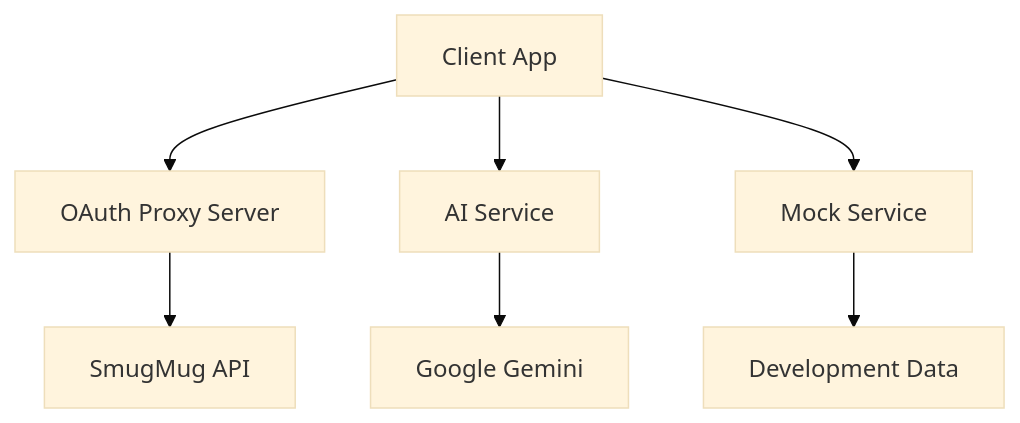
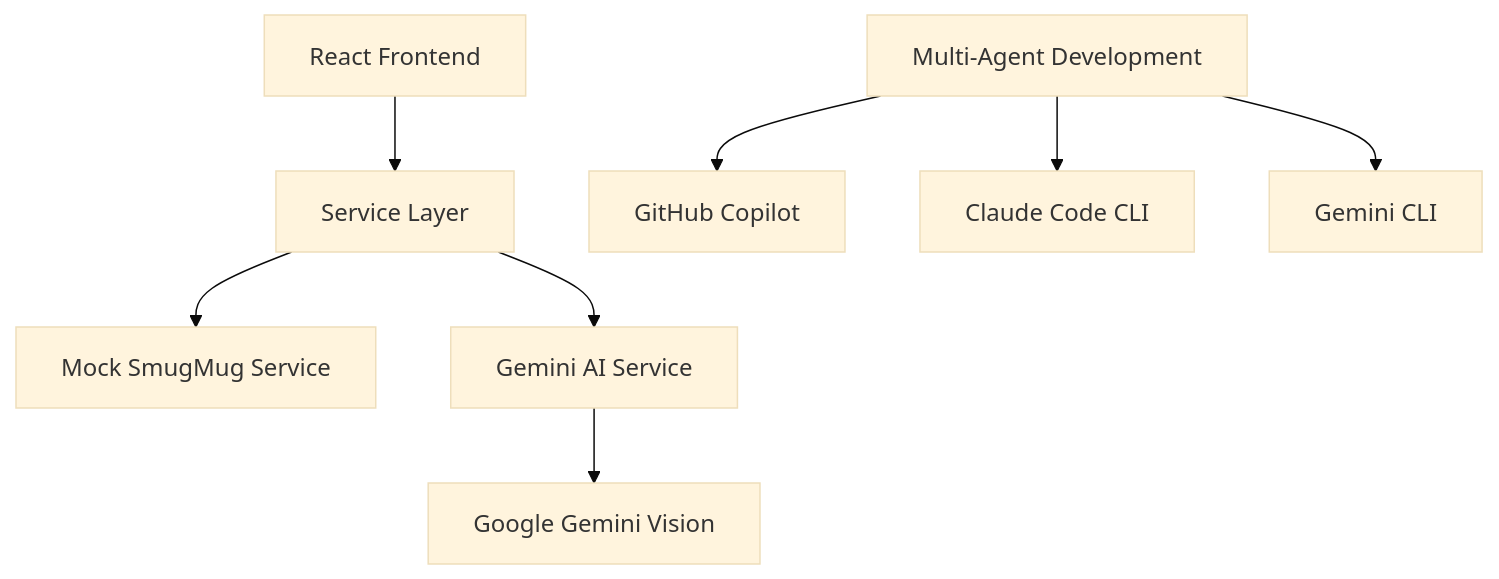
One commit to signal-x-studio/smugmug-api-reference-app changed the diagram in docs-site/docs/index.md. Above: the diagram before and after it, drawn with Mermaid (base theme). The commit also changed other lines of this file and 66 other files, not shown here.

First line of the commit message:
feat: Add comprehensive Docusaurus documentation with GitHub Pages deployment

````diff
--- a/docs-site/docs/index.md
+++ b/docs-site/docs/index.md
@@ -29,10 +30,11 @@
 ```mermaid
 graph TB
-    A[Client App] --> B[OAuth Proxy Server]
-    B --> C[SmugMug API]
-    A --> D[AI Service]
-    D --> E[Google Gemini]
+    A[React Frontend] --> B[Service Layer]
+    B --> C[Mock SmugMug Service]
+    B --> D[Gemini AI Service]
+    D --> E[Google Gemini Vision]
     
-    A --> F[Mock Service]
-    F --> G[Development Data]
+    F[Multi-Agent Development] --> G[GitHub Copilot]
+    F --> H[Claude Code CLI]
+    F --> I[Gemini CLI]
 ```
````
